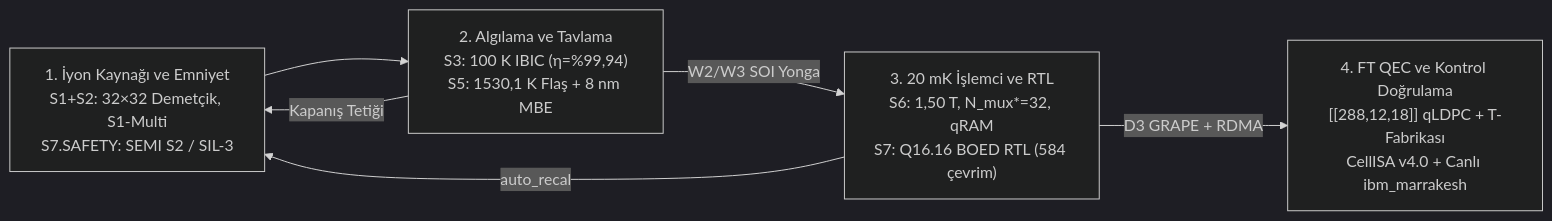
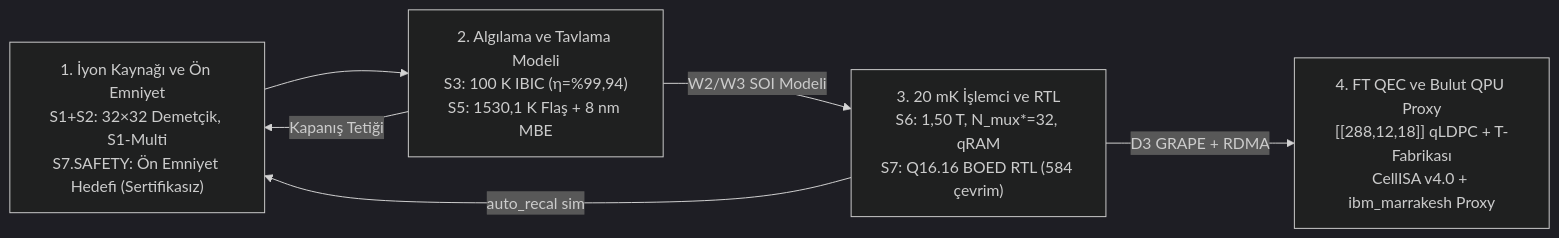
Before and after one commit to berkmec/Atom-Lithography: the diagram in README.md, drawn with Mermaid (dark theme). The commit also changed other lines of this file and 38 other files, not shown here.

````diff
--- a/README.md
+++ b/README.md
@@ -56,8 +68,8 @@
 ```mermaid
 flowchart LR
-    A["1. İyon Kaynağı ve Emniyet<br/>S1+S2: 32×32 Demetçik, S1-Multi<br/>S7.SAFETY: SEMI S2 / SIL-3"] --> B["2. Algılama ve Tavlama<br/>S3: 100 K IBIC (η=%99,94)<br/>S5: 1530,1 K Flaş + 8 nm MBE"]
+    A["1. İyon Kaynağı ve Ön Emniyet<br/>S1+S2: 32×32 Demetçik, S1-Multi<br/>S7.SAFETY: Ön Emniyet Hedefi (Sertifikasız)"] --> B["2. Algılama ve Tavlama Modeli<br/>S3: 100 K IBIC (η=%99,94)<br/>S5: 1530,1 K Flaş + 8 nm MBE"]
     B -->|"Kapanış Tetiği"| A
-    B -->|"W2/W3 SOI Yonga"| C["3. 20 mK İşlemci ve RTL<br/>S6: 1,50 T, N_mux*=32, qRAM<br/>S7: Q16.16 BOED RTL (584 çevrim)"]
-    C -->|"D3 GRAPE + RDMA"| D["4. FT QEC ve Kontrol Doğrulama<br/>[[288,12,18]] qLDPC + T-Fabrikası<br/>CellISA v4.0 + Canlı ibm_marrakesh"]
-    C -->|"auto_recal"| A
+    B -->|"W2/W3 SOI Modeli"| C["3. 20 mK İşlemci ve RTL<br/>S6: 1,50 T, N_mux*=32, qRAM<br/>S7: Q16.16 BOED RTL (584 çevrim)"]
+    C -->|"D3 GRAPE + RDMA"| D["4. FT QEC ve Bulut QPU Proxy<br/>[[288,12,18]] qLDPC + T-Fabrikası<br/>CellISA v4.0 + ibm_marrakesh Proxy"]
+    C -->|"auto_recal sim"| A
 ```
````
